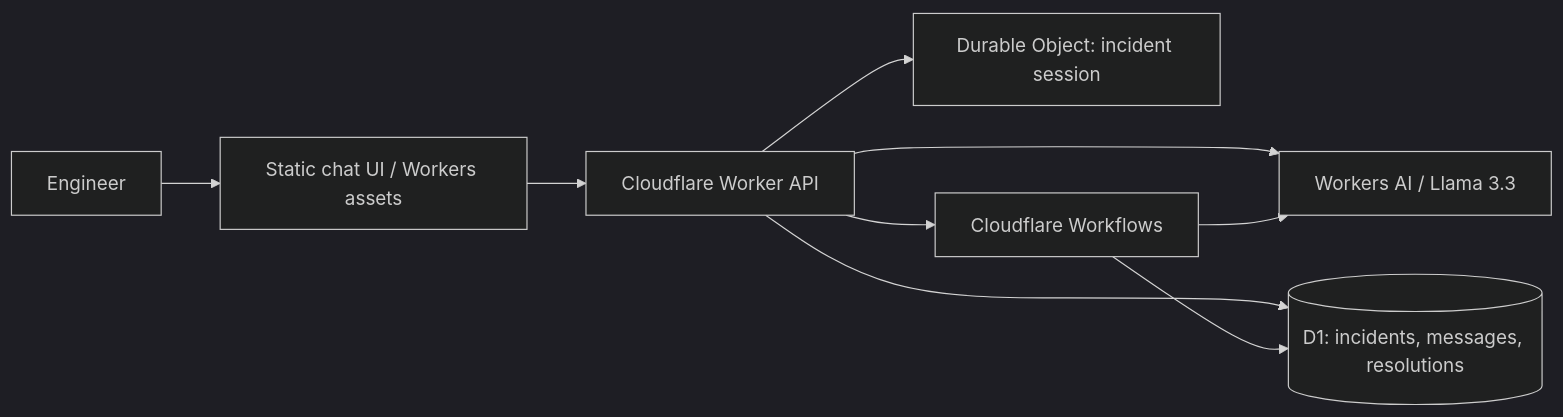
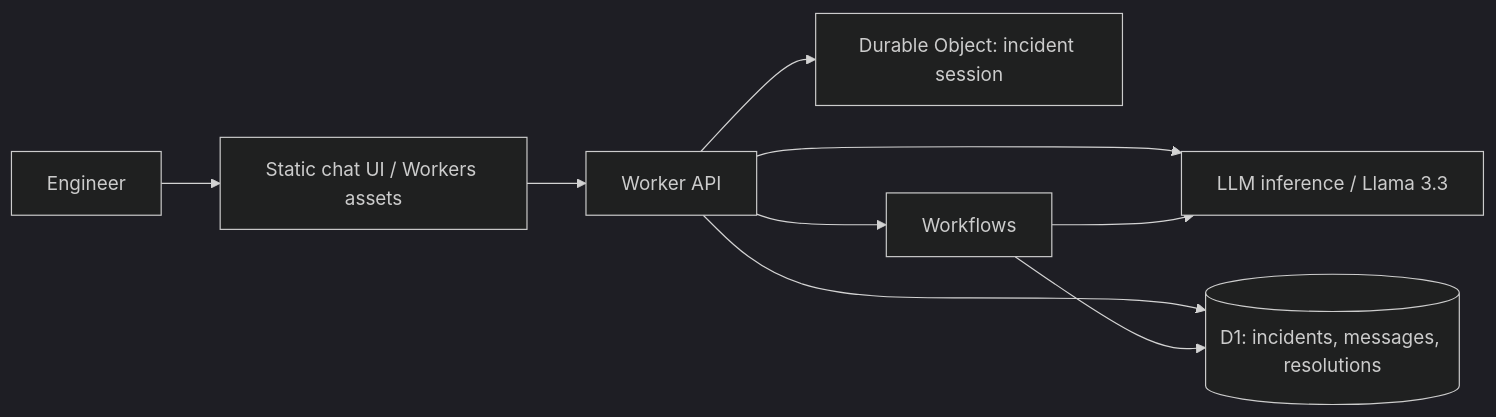
The diagram in README.md (sudhakar0014/SRE-AI-Project), drawn with Mermaid (dark theme) before and after one commit. The commit also changed other lines of this file, not shown here.

Commit message:
Remove Cloudflare branding throughout project

````diff
--- a/README.md
+++ b/README.md
@@ -17,11 +17,11 @@
 ```mermaid
 flowchart LR
   U[Engineer] --> UI[Static chat UI / Workers assets]
-  UI --> W[Cloudflare Worker API]
-  W --> AI[Workers AI / Llama 3.3]
+  UI --> W[ Worker API]
+  W --> AI[LLM inference / Llama 3.3]
   W --> D1[(D1: incidents, messages, resolutions)]
   W --> DO[Durable Object: incident session]
-  W --> WF[Cloudflare Workflows]
+  W --> WF[ Workflows]
   WF --> AI
   WF --> D1
 ```
````
